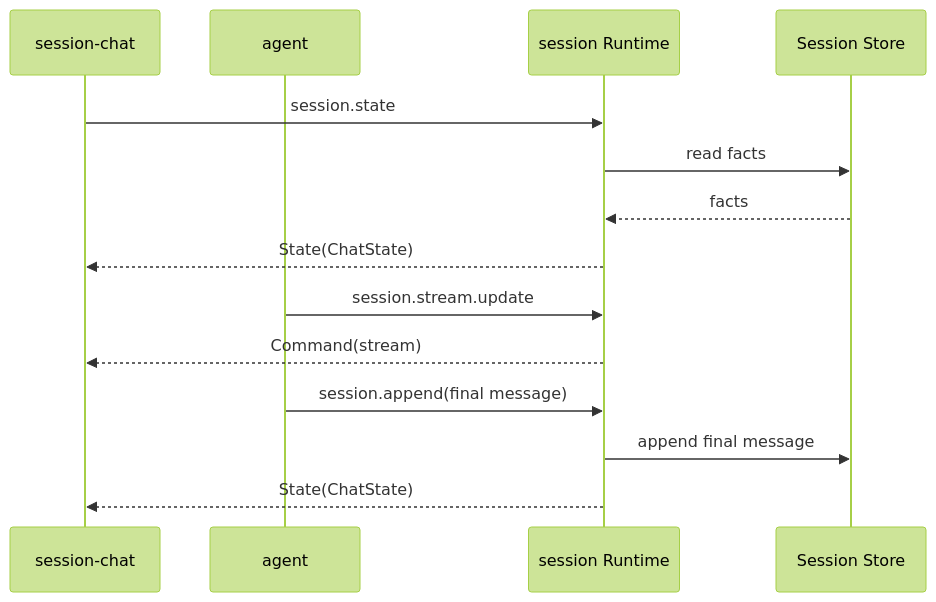
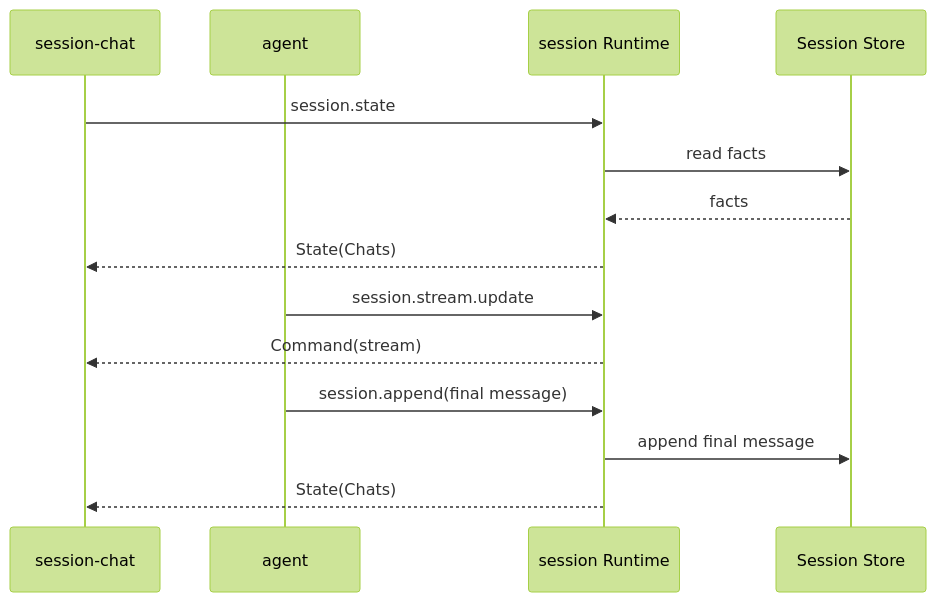
Before and after one commit to Alphazer01214/my-go-lite-agent: the diagram in plugins/session/communication.md, drawn with Mermaid (forest theme). The commit also changed other lines of this file and 148 other files, not shown here.

````diff
--- a/plugins/session/communication.md
+++ b/plugins/session/communication.md
@@ -409,16 +502,16 @@
 ```mermaid
 sequenceDiagram
     participant UI as session-chat
     participant A as agent
     participant R as session Runtime
     participant S as Session Store
     UI->>R: session.state
     R->>S: read facts
     S-->>R: facts
-    R-->>UI: State(ChatState)
+    R-->>UI: State(Chats)
     A->>R: session.stream.update
     R-->>UI: Command(stream)
     A->>R: session.append(final message)
     R->>S: append final message
-    R-->>UI: State(ChatState)
+    R-->>UI: State(Chats)
 ```
````
